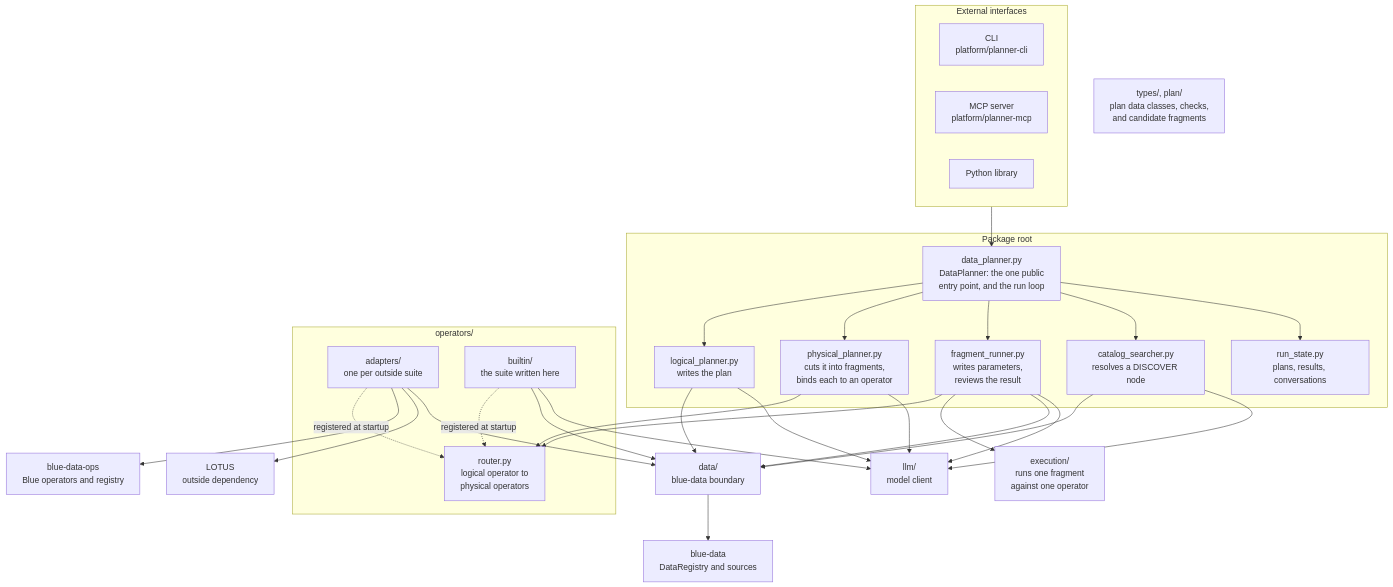
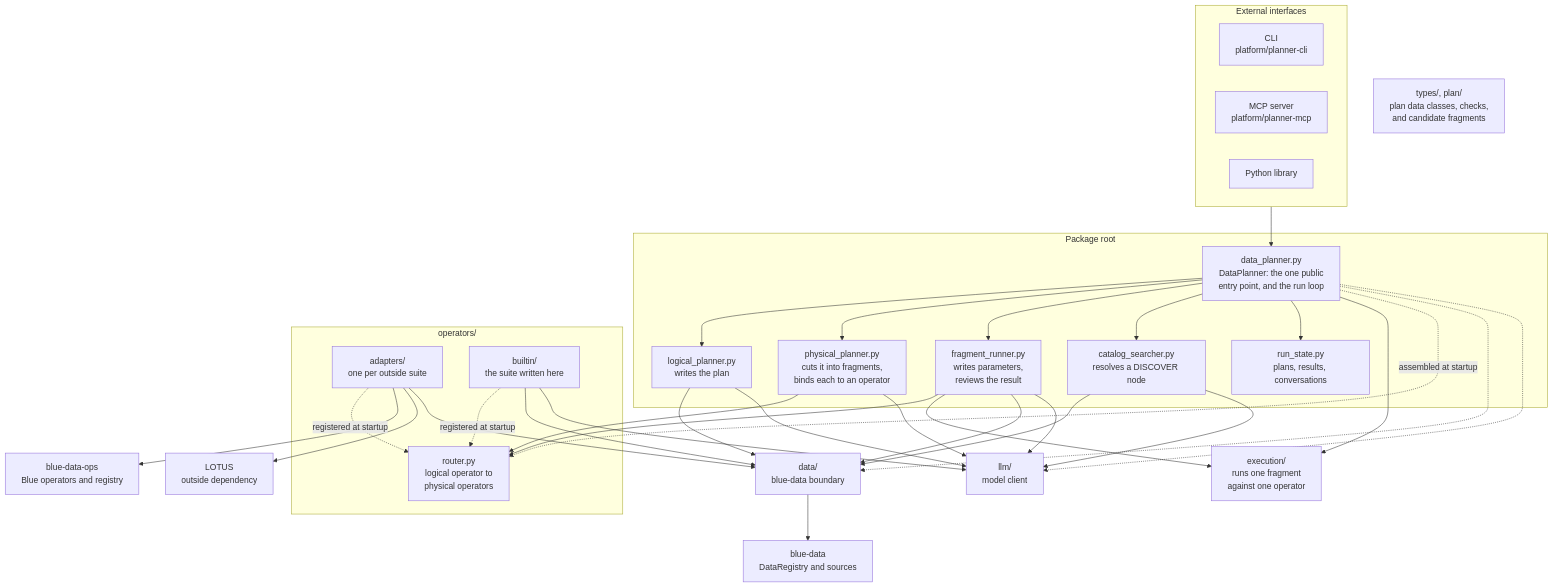
Before and after one commit to megagonlabs/blue-data-planner: the diagram in design/03-high-level-architecture.md, drawn with Mermaid. The commit also changed other lines of this file and 22 other files, not shown here.

````diff
--- a/design/03-high-level-architecture.md
+++ b/design/03-high-level-architecture.md
@@ -15,58 +15,62 @@
 ```mermaid
 flowchart TB
     subgraph interfaces ["External interfaces"]
         CLI["CLI<br/>platform/planner-cli"]
         MCP["MCP server<br/>platform/planner-mcp"]
         LIB["Python library"]
     end
 
     subgraph rootbox ["Package root"]
         ENTRY["data_planner.py<br/>DataPlanner: the one public<br/>entry point, and the run loop"]
         LOGICAL["logical_planner.py<br/>writes the plan"]
         PHYSICAL["physical_planner.py<br/>cuts it into fragments,<br/>binds each to an operator"]
         RUNNER["fragment_runner.py<br/>writes parameters,<br/>reviews the result"]
         SEARCH["catalog_searcher.py<br/>resolves a DISCOVER node"]
         STATE["run_state.py<br/>plans, results, conversations"]
     end
 
     EXEC["execution/<br/>runs one fragment<br/>against one operator"]
 
     SHARED["types/, plan/<br/>plan data classes, checks,<br/>and candidate fragments"]
 
     subgraph opsbox ["operators/"]
         ROUTER["router.py<br/>logical operator to<br/>physical operators"]
         ADAPT["adapters/<br/>one per outside suite"]
         BUILTIN["builtin/<br/>the suite written here"]
     end
 
     OPS["blue-data-ops<br/>Blue operators and registry"]
     LOTUS["LOTUS<br/>outside dependency"]
     DATA["data/<br/>blue-data boundary"]
     LLM["llm/<br/>model client"]
     BD["blue-data<br/>DataRegistry and sources"]
 
     interfaces --> ENTRY
     ENTRY --> LOGICAL
     ENTRY --> PHYSICAL
     ENTRY --> RUNNER
     ENTRY --> SEARCH
     ENTRY --> STATE
+    ENTRY --> EXEC
+    ENTRY -.->|"assembled at startup"| ROUTER
+    ENTRY -.-> DATA
+    ENTRY -.-> LLM
     PHYSICAL --> ROUTER
     RUNNER --> ROUTER
     RUNNER --> EXEC
     ADAPT -.->|"registered at startup"| ROUTER
     BUILTIN -.->|"registered at startup"| ROUTER
     ADAPT --> OPS
     ADAPT --> LOTUS
     ADAPT --> DATA
     BUILTIN --> DATA
     BUILTIN --> LLM
     LOGICAL --> DATA
     RUNNER --> DATA
     SEARCH --> DATA
     LOGICAL --> LLM
     PHYSICAL --> LLM
     RUNNER --> LLM
     SEARCH --> LLM
     DATA --> BD
 ```
````
